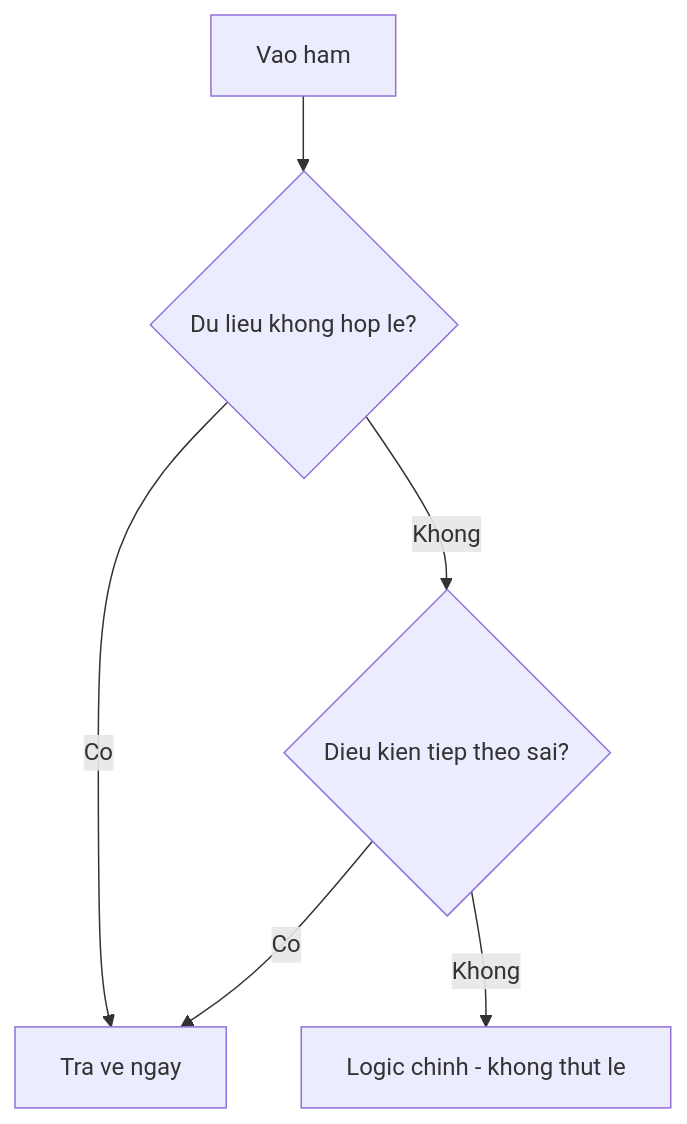
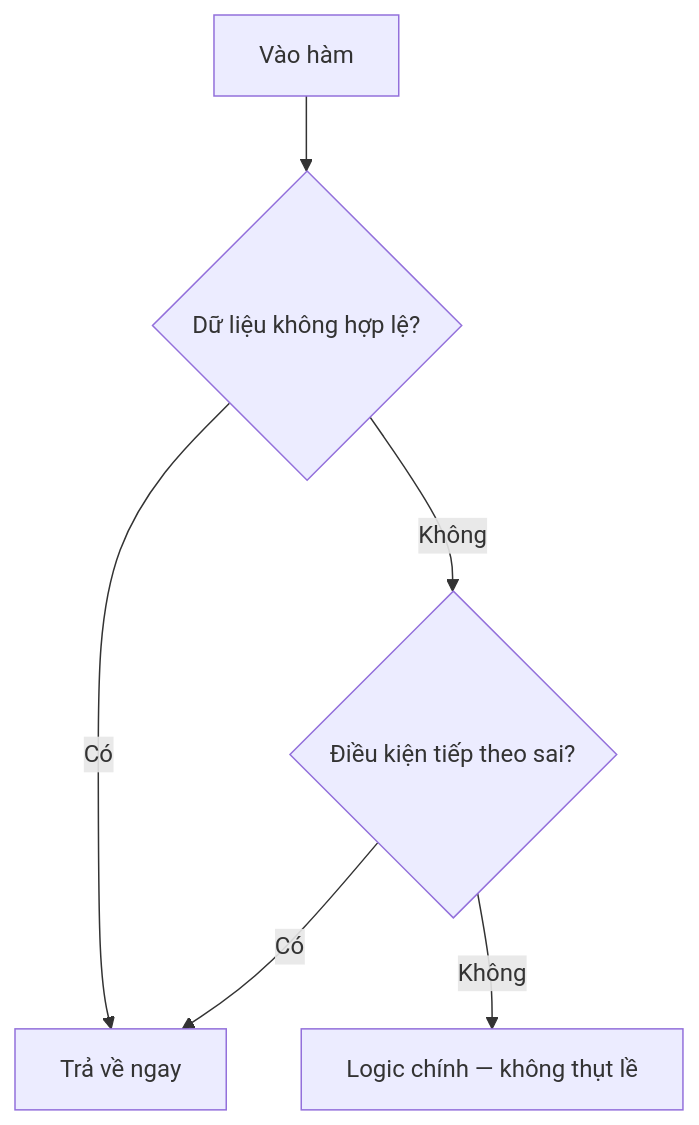
Before and after one commit to TienNHM/tiennhm.github.io: the diagram in docs/09-dotnet-backend-zero-to-senior/stage-01-foundation/module-01-programming-logic/1.2-conditions.mdx, drawn with Mermaid. The commit also changed 8 other files, not shown here.

First line of the commit message:
docs(dotnet): viết có dấu nhãn mermaid và chú thích ở Module 1

````diff
--- a/docs/09-dotnet-backend-zero-to-senior/stage-01-foundation/module-01-programming-logic/1.2-conditions.mdx
+++ b/docs/09-dotnet-backend-zero-to-senior/stage-01-foundation/module-01-programming-logic/1.2-conditions.mdx
@@ -67,8 +67,8 @@
 ```mermaid
 flowchart TD
-    A[Vao ham] --> B{Du lieu khong hop le?}
-    B -->|Co| C[Tra ve ngay]
-    B -->|Khong| D{Dieu kien tiep theo sai?}
-    D -->|Co| C
-    D -->|Khong| E[Logic chinh - khong thut le]
+    A[Vào hàm] --> B{Dữ liệu không hợp lệ?}
+    B -->|Có| C[Trả về ngay]
+    B -->|Không| D{Điều kiện tiếp theo sai?}
+    D -->|Có| C
+    D -->|Không| E[Logic chính — không thụt lề]
 ```
````
